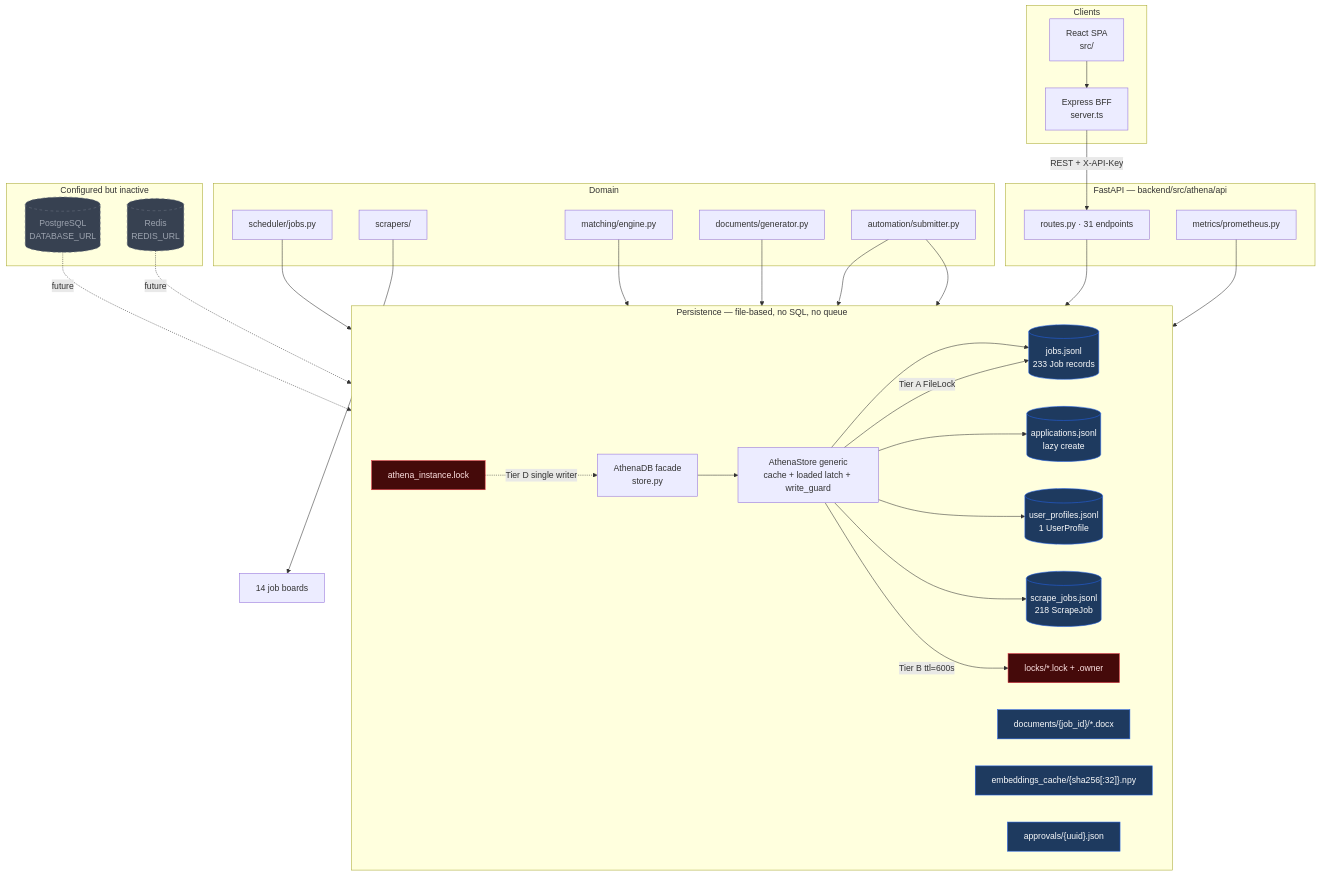
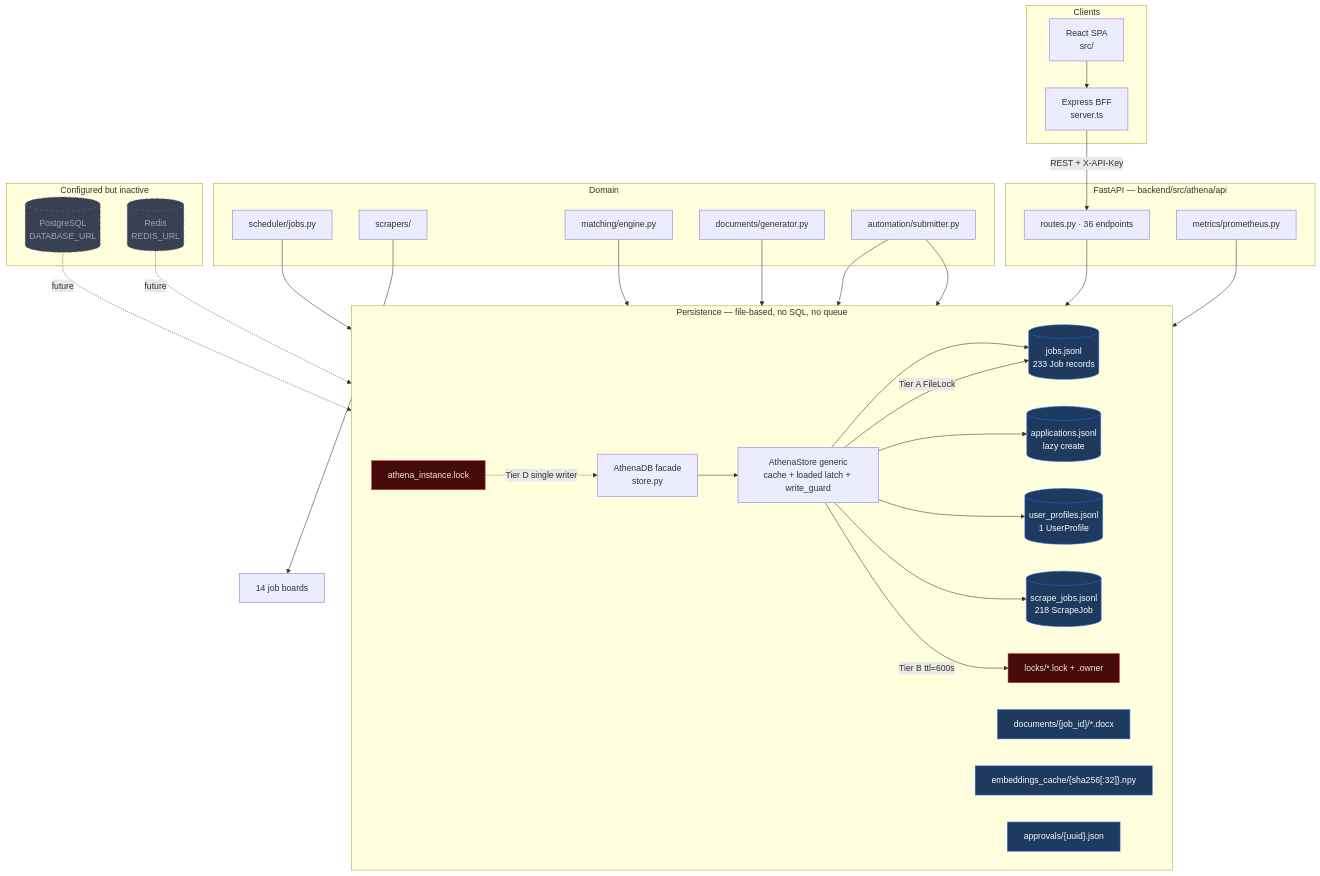
The first of 7 diagrams in docs/DATA_STORES.md (jmlusu/athena), drawn with Mermaid before and after one commit. The commit also changed other lines of this file and 7 other files, not shown here.

````diff
--- a/docs/DATA_STORES.md
+++ b/docs/DATA_STORES.md
@@ -35,65 +35,65 @@
 ```mermaid
 graph TB
     subgraph CLIENTS["Clients"]
         SPA["React SPA<br/>src/"]
         EXP["Express BFF<br/>server.ts"]
     end
 
     subgraph API["FastAPI — backend/src/athena/api"]
-        RT["routes.py · 31 endpoints"]
+        RT["routes.py · 36 endpoints"]
         MET["metrics/prometheus.py"]
     end
 
     subgraph DOMAIN["Domain"]
         SCHED["scheduler/jobs.py"]
         SCR["scrapers/"]
         MATCH["matching/engine.py"]
         DOCS["documents/generator.py"]
         AUTO["automation/submitter.py"]
     end
 
     subgraph DATA["Persistence — file-based, no SQL, no queue"]
         DB["AthenaDB facade<br/>store.py"]
         ST["AthenaStore generic<br/>cache + loaded latch + write_guard"]
         direction LR
         J[("jobs.jsonl<br/>233 Job records")]
         A[("applications.jsonl<br/>lazy create")]
         U[("user_profiles.jsonl<br/>1 UserProfile")]
         S[("scrape_jobs.jsonl<br/>218 ScrapeJob")]
         DOCD["documents/{job_id}/*.docx"]
         EMB["embeddings_cache/{sha256[:32]}.npy"]
         APV["approvals/{uuid}.json"]
         LCK["locks/*.lock + .owner"]
         INST["athena_instance.lock"]
     end
 
     subgraph CONFIGURED["Configured but inactive"]
         PG[("PostgreSQL<br/>DATABASE_URL")]
         REDIS[("Redis<br/>REDIS_URL")]
     end
 
     SPA --> EXP
     EXP -->|"REST + X-API-Key"| RT
     RT --> DB
     MET --> DB
     SCHED --> DB
     AUTO --> DB
     DB --> ST
     ST --> J & A & U & S
     ST -->|"Tier A FileLock"| J
     ST -->|"Tier B ttl=600s"| LCK
     INST -.->|"Tier D single writer"| DB
     DOCS --> DOCD
     MATCH --> EMB
     AUTO --> APV
     SCR --> BOARDS["14 job boards"]
     PG -.->|"future"| DB
     REDIS -.->|"future"| DB
 
     classDef data fill:#1E3A5F,stroke:#2563EB,color:#F9FAFB
     classDef lock fill:#450A0A,stroke:#E63946,color:#FEE2E2
     classDef inactive fill:#374151,stroke:#6B7280,color:#9CA3AF,stroke-dasharray: 5 5
     class J,A,U,S,DOCD,EMB,APV data
     class LCK,INST lock
     class PG,REDIS inactive
 ```
````
